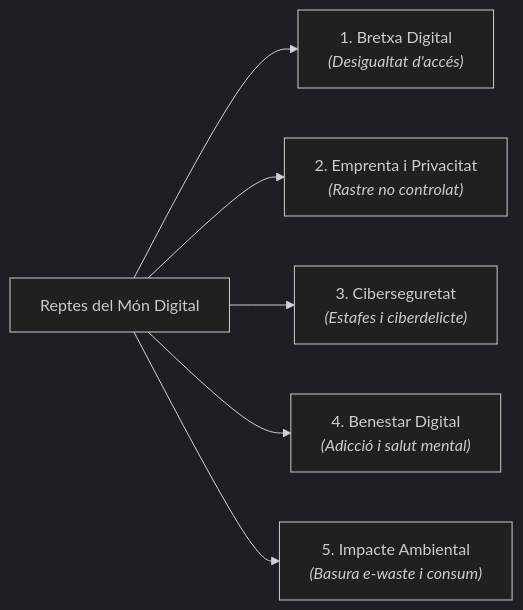
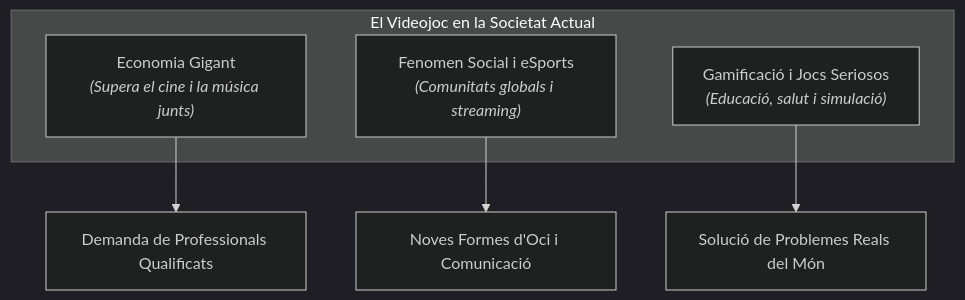
One commit to joclipe/4-ESO changed the fourth of 6 diagrams in Tema 0 - Introducció/introduccion_val.md. Above: the diagram before and after it, drawn with Mermaid (dark theme). The commit also changed other lines of this file and 1 other file, not shown here.

````diff
--- a/Tema 0 - Introducció/introduccion_val.md
+++ b/Tema 0 - Introducció/introduccion_val.md
@@ -194,8 +152,12 @@
 ```mermaid
-graph LR
-    R["Reptes del Món Digital"] --> R1["1. Bretxa Digital<br/><i>(Desigualtat d'accés)</i>"]
-    R --> R2["2. Emprenta i Privacitat<br/><i>(Rastre no controlat)</i>"]
-    R --> R3["3. Ciberseguretat<br/><i>(Estafes i ciberdelicte)</i>"]
-    R --> R4["4. Benestar Digital<br/><i>(Adicció i salut mental)</i>"]
-    R --> R5["5. Impacte Ambiental<br/><i>(Basura e-waste i consum)</i>"]
+graph TD
+    subgraph IMPACTE_DEL_VIDEOJOC["El Videojoc en la Societat Actual"]
+        E1["Economia Gigant<br/><i>(Supera el cine i la música junts)</i>"]
+        E2["Fenomen Social i eSports<br/><i>(Comunitats globals i streaming)</i>"]
+        E3["Gamificació i Jocs Seriosos<br/><i>(Educació, salut i simulació)</i>"]
+    end
+
+    E1 --> IMP1["Demanda de Professionals Qualificats"]
+    E2 --> IMP2["Noves Formes d'Oci i Comunicació"]
+    E3 --> IMP3["Solució de Problemes Reals del Món"]
 ```
````
